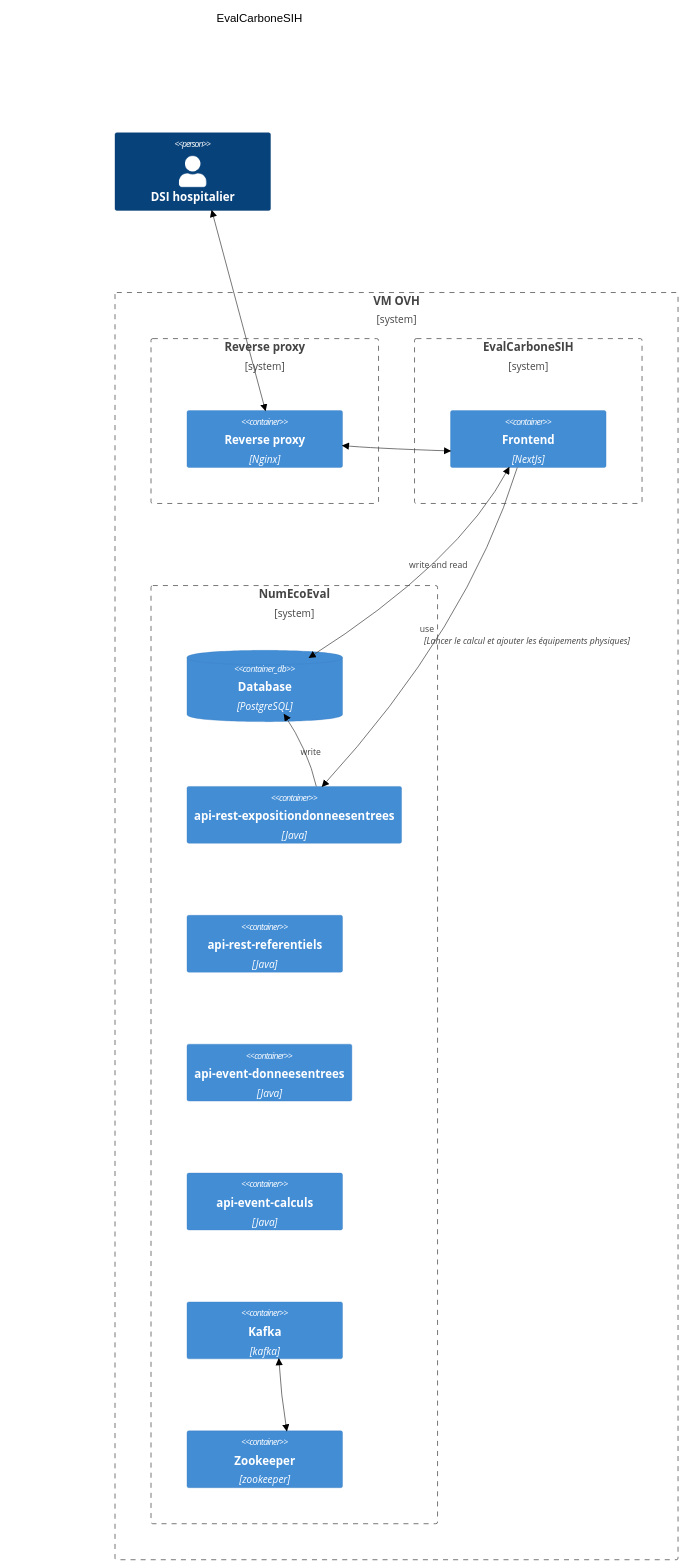
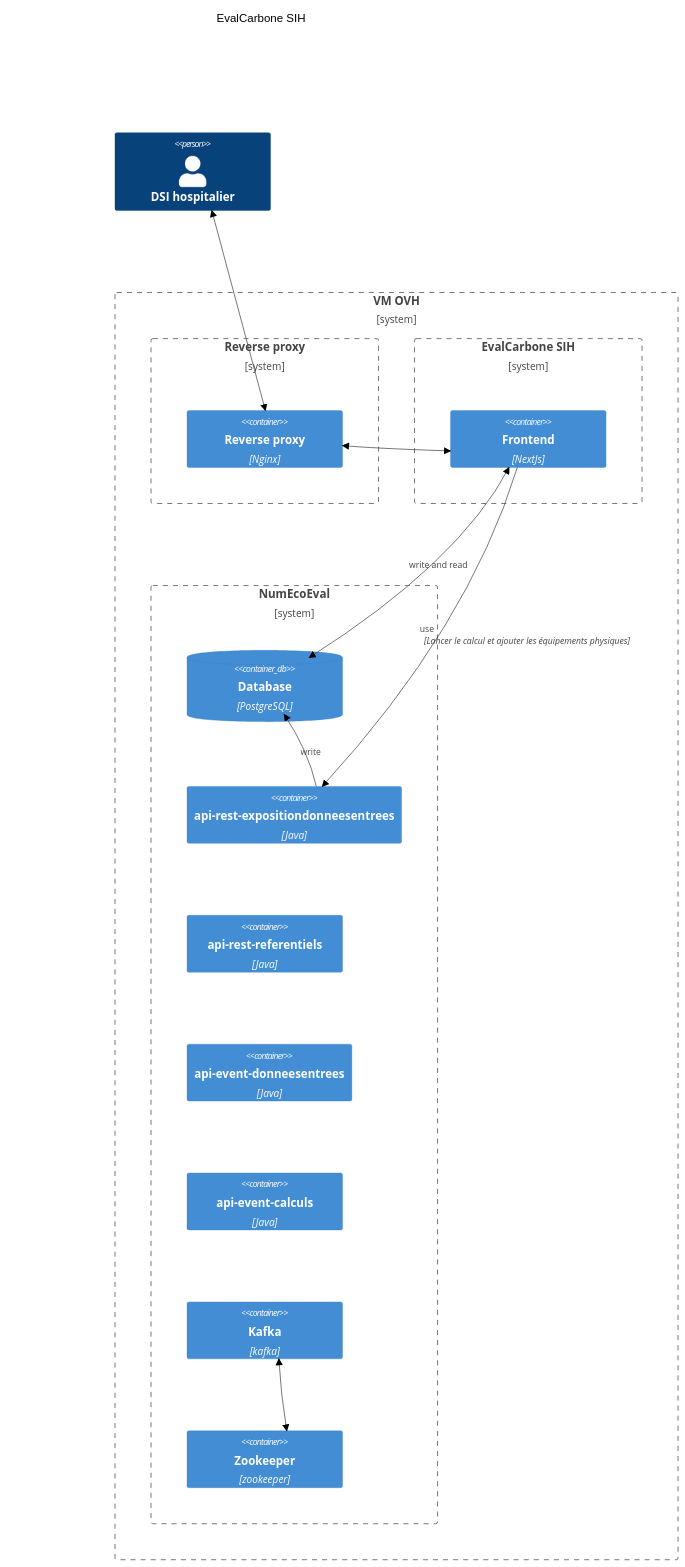
Before and after one commit to ansforge/Eval-Carbone-SIH: the diagram in README.md, drawn with Mermaid (neutral theme). The commit also changed other lines of this file and 17 other files, not shown here.

````diff
--- a/README.md
+++ b/README.md
@@ -45,36 +45,36 @@
 ```mermaid
 C4Context
-title EvalCarboneSIH
+title EvalCarbone SIH
 
 Person(dsi, "DSI hospitalier")
 
 Boundary(ovh, "VM OVH") {
   Boundary(reverse-proxy, "Reverse proxy") {
     Container(reverse-proxy, "Reverse proxy", "Nginx")
   }
 
-  Boundary(eval-carbone-sih, "EvalCarboneSIH") {
+  Boundary(eval-carbone-sih, "EvalCarbone SIH") {
     Container(front, "Frontend", "NextJs")
   }
 
   Boundary(num-eco-eval, "NumEcoEval") {
     ContainerDb(db, "Database", "PostgreSQL")
     Container(expositiondonneesentrees, "api-rest-expositiondonneesentrees", "Java")
     Container(referentiels, "api-rest-referentiels", "Java")
     Container(donneesentrees, "api-event-donneesentrees", "Java")
     Container(calculs, "api-event-calculs", "Java")
     Container(kafka, "Kafka", "kafka")
     Container(zookeeper, "Zookeeper", "zookeeper")
   }
 }
 
 BiRel(dsi, reverse-proxy, "")
 
 BiRel(kafka, zookeeper, "")
 
 Rel(expositiondonneesentrees, db, "write")
 
 BiRel(front, db, "write and read")
 BiRel(reverse-proxy, front, "")
 Rel(front, expositiondonneesentrees, "use", "Lancer le calcul et ajouter les équipements physiques")
 ```
````
